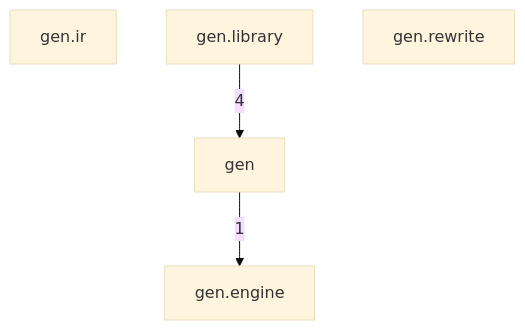
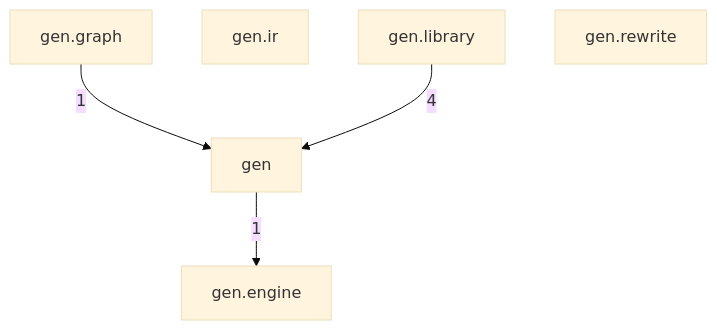
The first of 7 diagrams in dev/modules/gen.md (tlaplus/model-checker-hardening), drawn with Mermaid (base theme) before and after one commit. The commit also changed other lines of this file and 401 other files, not shown here.

````diff
--- a/dev/modules/gen.md
+++ b/dev/modules/gen.md
@@ -14,10 +14,12 @@
 ```mermaid
 flowchart TB
   gen["gen"]
   gen_engine["gen.engine"]
+  gen_graph["gen.graph"]
   gen_ir["gen.ir"]
   gen_library["gen.library"]
   gen_rewrite["gen.rewrite"]
   gen -->|1| gen_engine
+  gen_graph -->|1| gen
   gen_library -->|4| gen
 ```
````
